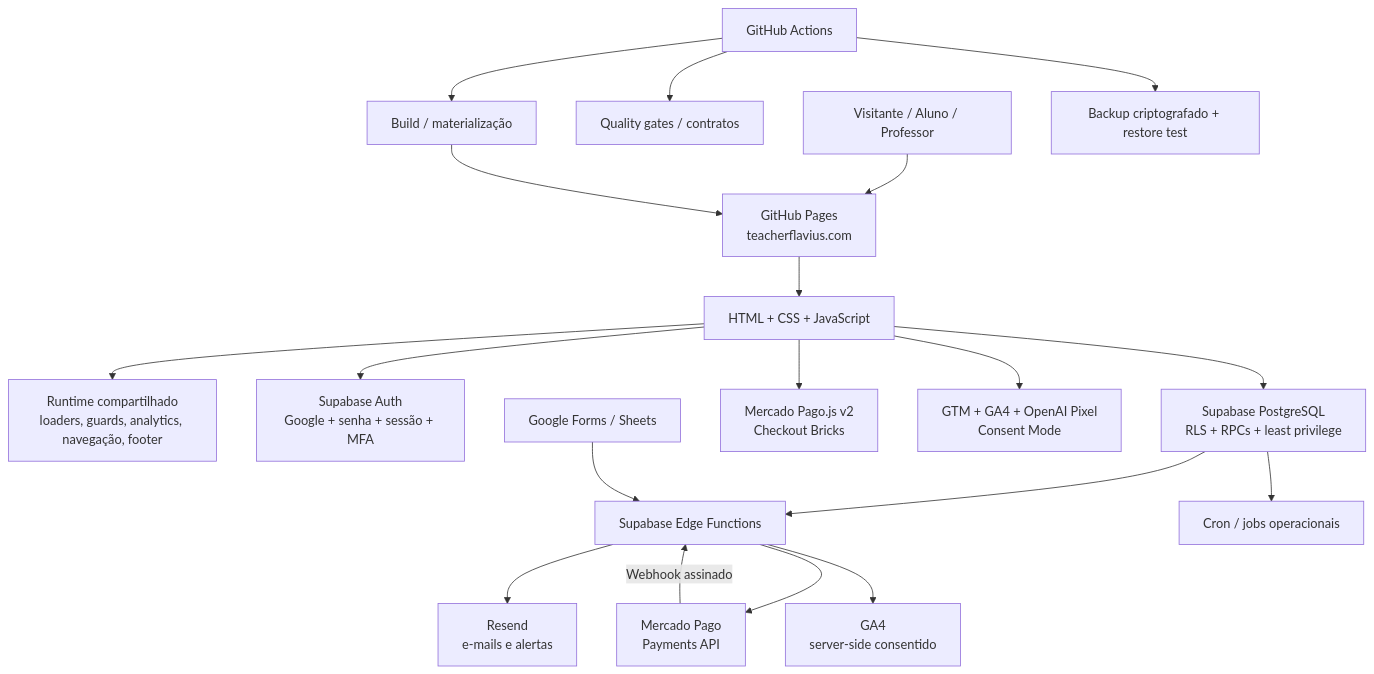
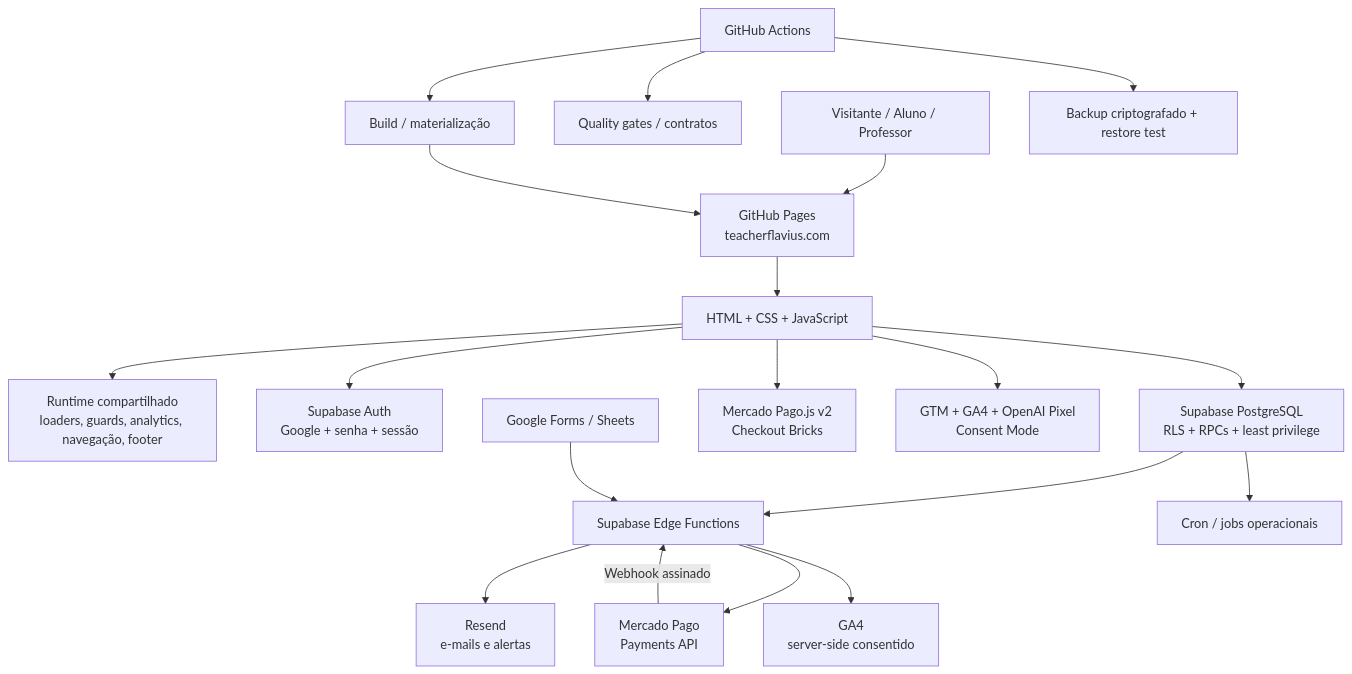
The diagram in README.md (Zoqvera/teacherflavius), drawn with Mermaid before and after one commit. The commit also changed other lines of this file, not shown here.

Commit message:
docs: atualizar arquitetura sem MFA administrativo

````diff
--- a/README.md
+++ b/README.md
@@ -37,24 +37,24 @@
 ```mermaid
 flowchart TB
   User["Visitante / Aluno / Professor"] --> Pages["GitHub Pages\nteacherflavius.com"]
   Pages --> Browser["HTML + CSS + JavaScript"]
 
   Browser --> Runtime["Runtime compartilhado\nloaders, guards, analytics, navegação, footer"]
-  Browser --> Auth["Supabase Auth\nGoogle + senha + sessão + MFA"]
+  Browser --> Auth["Supabase Auth\nGoogle + senha + sessão"]
   Browser --> Database["Supabase PostgreSQL\nRLS + RPCs + least privilege"]
   Browser --> MercadoPagoJS["Mercado Pago.js v2\nCheckout Bricks"]
   Browser --> Analytics["GTM + GA4 + OpenAI Pixel\nConsent Mode"]
 
   Database --> Functions["Supabase Edge Functions"]
   Database --> Cron["Cron / jobs operacionais"]
   Functions --> Resend["Resend\ne-mails e alertas"]
   Functions --> MercadoPagoAPI["Mercado Pago\nPayments API"]
   Functions --> GA4["GA4\nserver-side consentido"]
   MercadoPagoAPI -->|"Webhook assinado"| Functions
   Forms["Google Forms / Sheets"] --> Functions
 
   Actions["GitHub Actions"] --> Quality["Quality gates / contratos"]
   Actions --> Build["Build / materialização"]
   Actions --> Backup["Backup criptografado + restore test"]
   Build --> Pages
 ```
````
